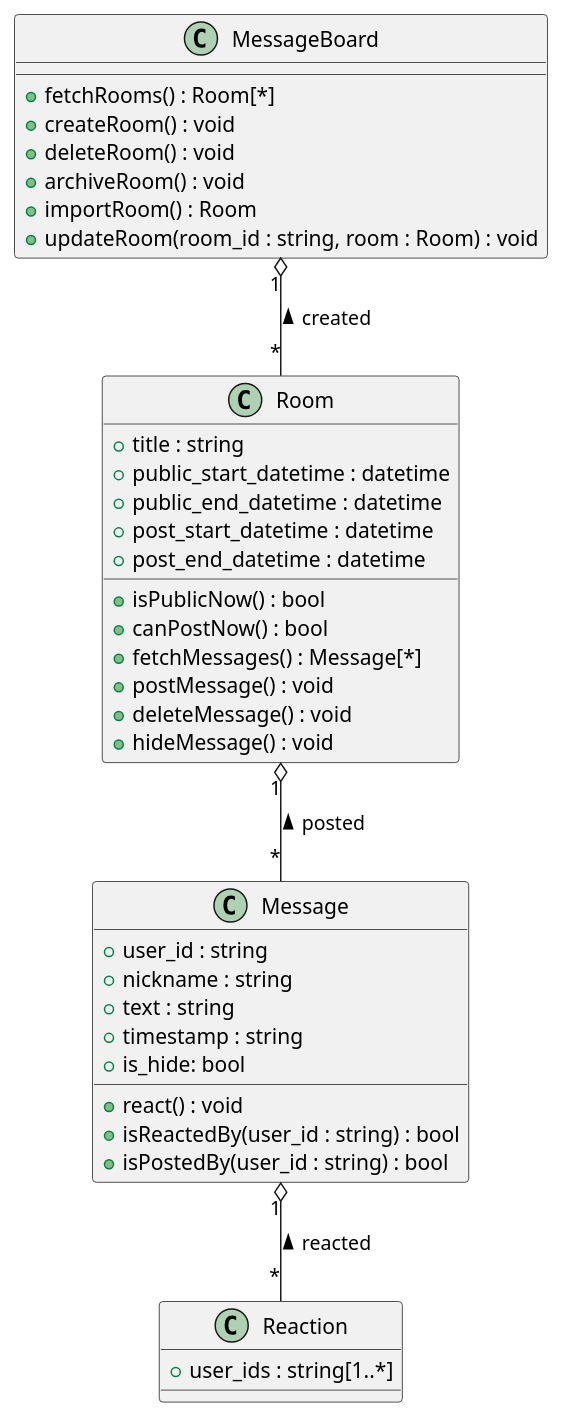
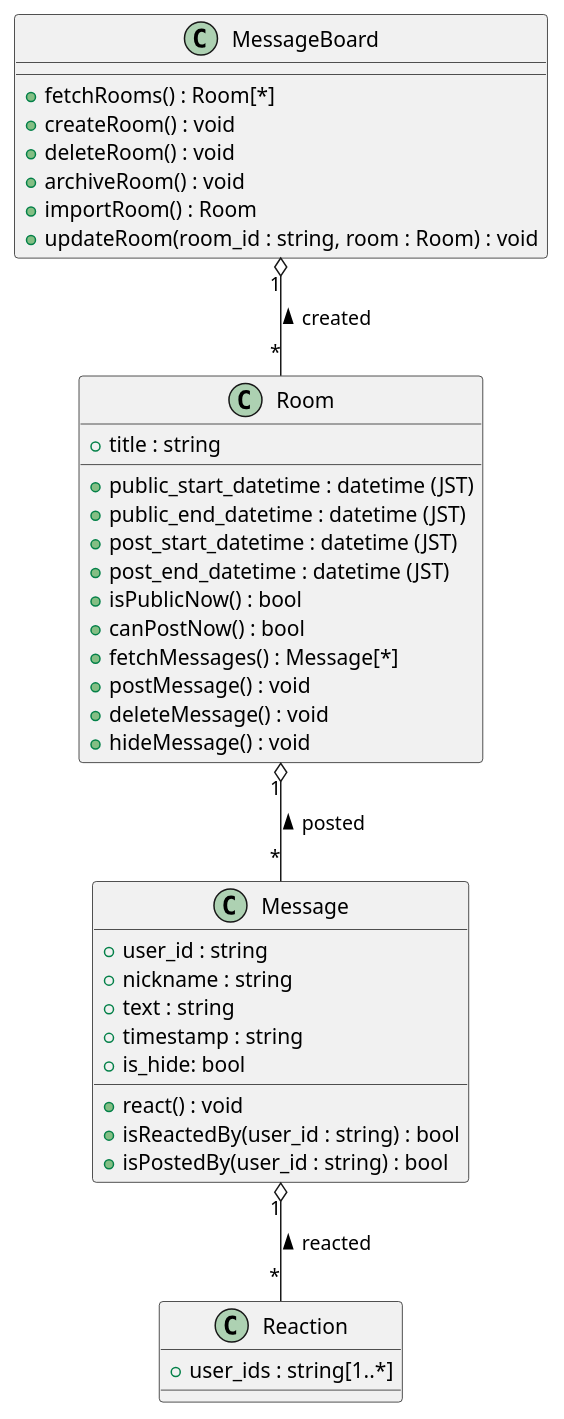
One commit to okutan0x7CC/message-board changed the diagram in system-design/class.pu. Above: the diagram before and after it, drawn with PlantUML. The commit also changed 3 other files, not shown here.

```diff
--- a/system-design/class.pu
+++ b/system-design/class.pu
@@ -1,44 +1,44 @@
 @startuml class
 
 class MessageBoard {
     + fetchRooms() : Room[*]
     + createRoom() : void
     + deleteRoom() : void
     + archiveRoom() : void
     + importRoom() : Room
     + updateRoom(room_id : string, room : Room) : void
 }
 
 class Room {
     + title : string
-    + public_start_datetime : datetime
-    + public_end_datetime : datetime
-    + post_start_datetime : datetime
-    + post_end_datetime : datetime
+    + public_start_datetime : datetime (JST)
+    + public_end_datetime : datetime (JST)
+    + post_start_datetime : datetime (JST)
+    + post_end_datetime : datetime (JST)
     + isPublicNow() : bool
     + canPostNow() : bool
     + fetchMessages() : Message[*]
     + postMessage() : void
     + deleteMessage() : void
     + hideMessage() : void
 }
 MessageBoard "1" o-- "*" Room : created <
 
 class Message {
     + user_id : string
     + nickname : string
     + text : string
     + timestamp : string
     + is_hide: bool
     + react() : void
     + isReactedBy(user_id : string) : bool
     + isPostedBy(user_id : string) : bool
 }
 Room "1" o-- "*" Message : posted <
 
 class Reaction {
     + user_ids : string[1..*]
 }
 Message "1" o-- "*" Reaction : reacted <
 
 @enduml
```
